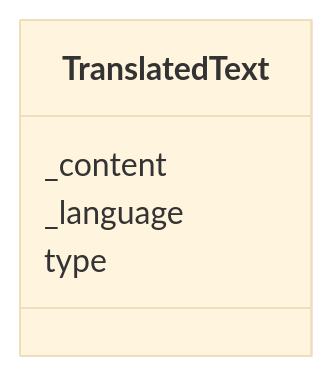
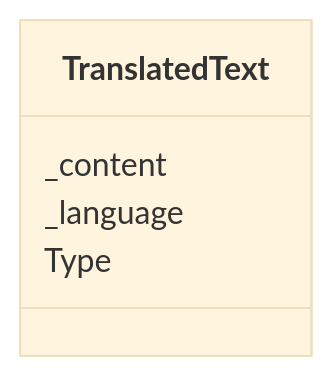
One commit to cdisc-org/DataExchange-ODM-LinkML changed the diagram in docs/TranslatedText.md. Above: the diagram before and after it, drawn with Mermaid (base theme). The commit also changed other lines of this file and 555 other files, not shown here.

````diff
--- a/docs/TranslatedText.md
+++ b/docs/TranslatedText.md
@@ -9,11 +14,11 @@
 ```mermaid
  classDiagram
     class TranslatedText
       TranslatedText : _content
         
       TranslatedText : _language
         
-      TranslatedText : type
+      TranslatedText : Type
         
       
 ```
````
